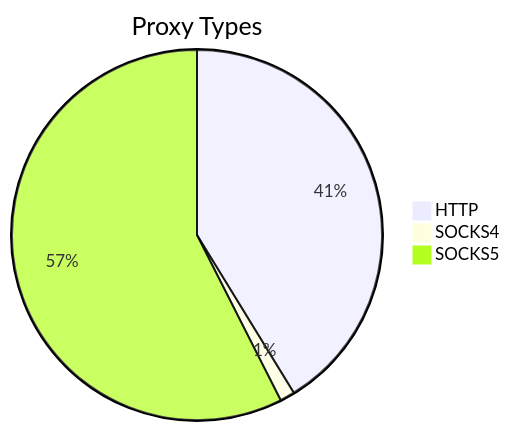
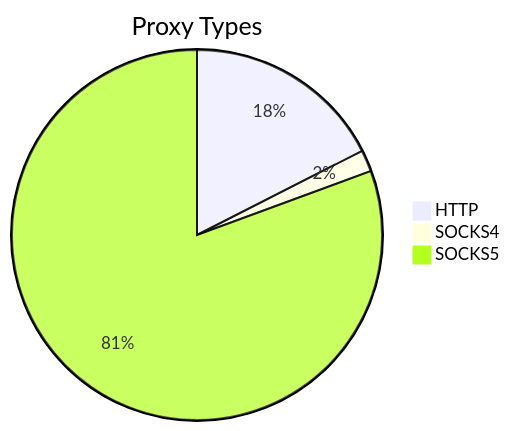
The first of 2 diagrams in README.md (stormsia/proxy-list), drawn with Mermaid before and after one commit. The commit also changed other lines of this file, not shown here.

````diff
--- a/README.md
+++ b/README.md
@@ -21,6 +21,6 @@
 ```mermaid
 pie title Proxy Types
-    "HTTP" : 1144
-    "SOCKS4" : 36
-    "SOCKS5" : 1594
+    "HTTP" : 995
+    "SOCKS4" : 107
+    "SOCKS5" : 4582
 ```
````
